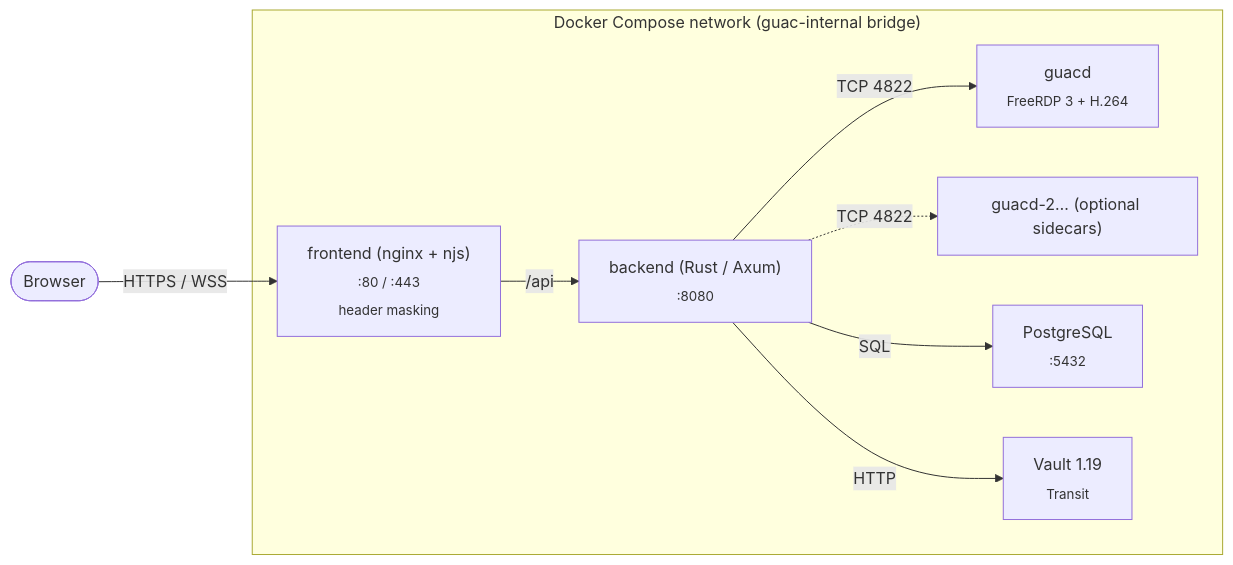
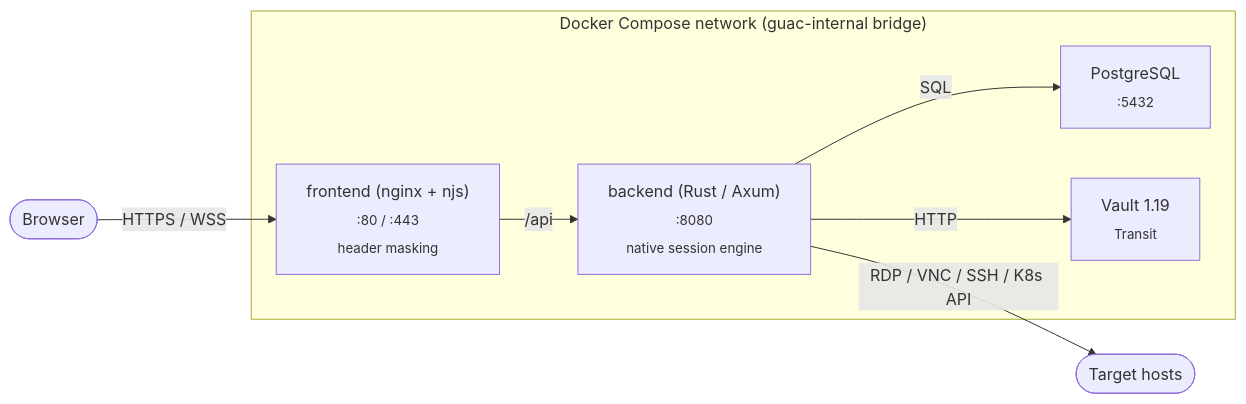
Before and after one commit to Bails309/strata-client: the first of 8 diagrams in docs/architecture.md, drawn with Mermaid. The commit also changed other lines of this file and 167 other files, not shown here.

````diff
--- a/docs/architecture.md
+++ b/docs/architecture.md
@@ -7,18 +12,15 @@
 ```mermaid
 flowchart LR
     Browser([Browser])
     Browser -->|HTTPS / WSS| Frontend
     subgraph Net["Docker Compose network (guac-internal bridge)"]
         Frontend["frontend (nginx + njs)<br/><sub>:80 / :443<br/>header masking</sub>"]
-        Backend["backend (Rust / Axum)<br/><sub>:8080</sub>"]
-        Guacd["guacd<br/><sub>FreeRDP 3 + H.264</sub>"]
-        Guacd2["guacd-2… (optional sidecars)"]
+        Backend["backend (Rust / Axum)<br/><sub>:8080<br/>native session engine</sub>"]
         Postgres["PostgreSQL<br/><sub>:5432</sub>"]
         Vault["Vault 1.19<br/><sub>Transit</sub>"]
         Frontend -->|/api| Backend
-        Backend -->|TCP 4822| Guacd
-        Backend -.->|TCP 4822| Guacd2
         Backend -->|SQL| Postgres
         Backend -->|HTTP| Vault
     end
+    Backend -->|RDP / VNC / SSH / K8s API| Targets([Target hosts])
 ```
````
